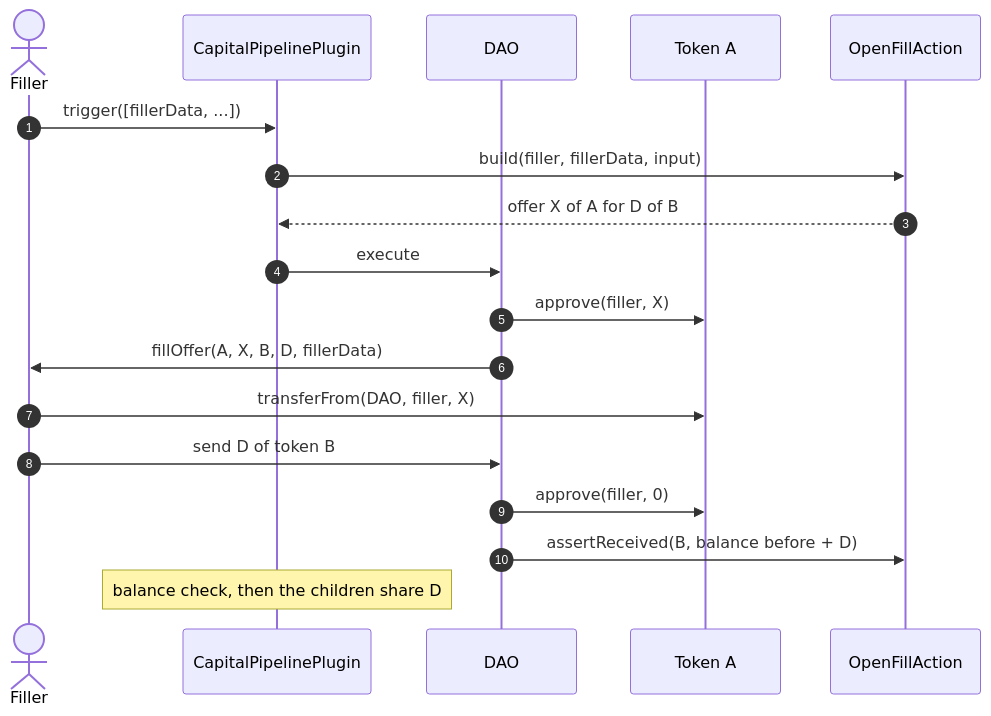
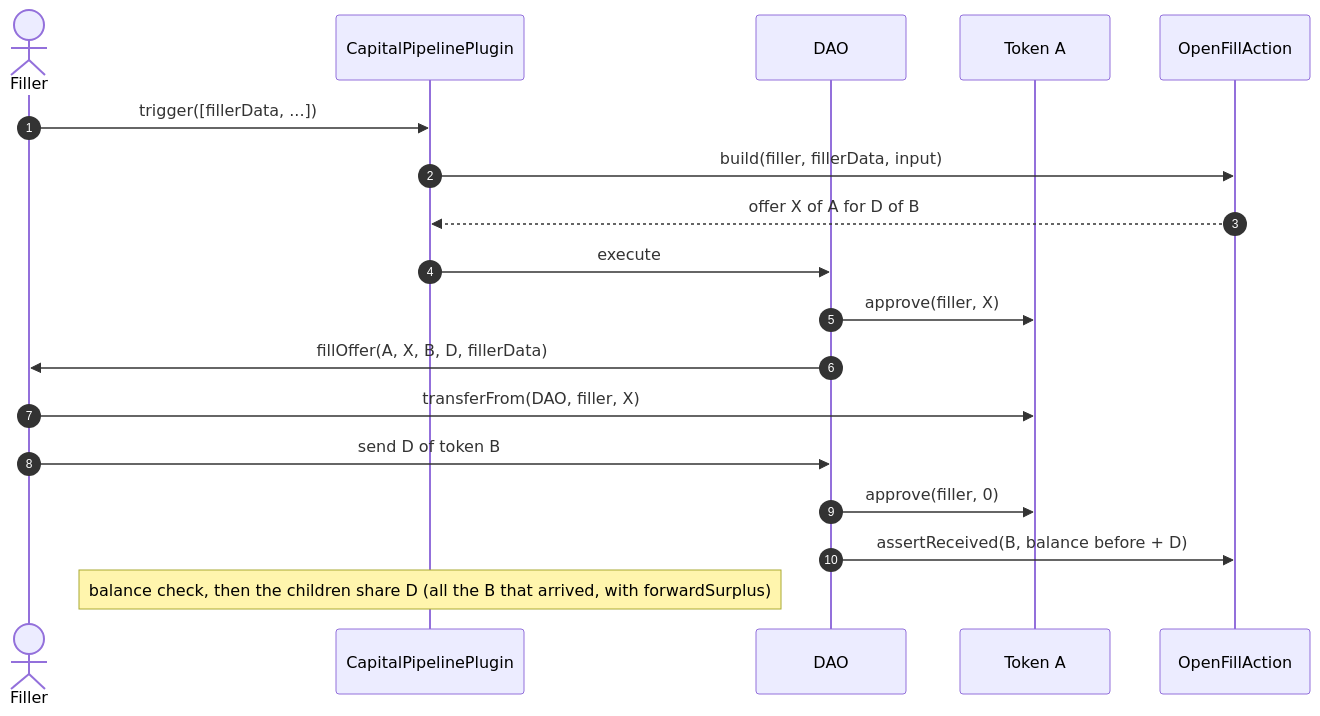
Before and after one commit to antfarm-official/tree-capital: the fourth of 10 diagrams in README.md, drawn with Mermaid. The commit also changed other lines of this file and 13 other files, not shown here.

First line of the commit message:
Let a recipe choose which nodes forward their surplus

````diff
--- a/README.md
+++ b/README.md
@@ -185,21 +188,21 @@
 ```mermaid
 sequenceDiagram
     autonumber
     actor Filler
     participant Plugin as CapitalPipelinePlugin
     participant DAO
     participant TokenA as Token A
     participant Fill as OpenFillAction
 
     Filler->>Plugin: trigger([fillerData, ...])
     Plugin->>Fill: build(filler, fillerData, input)
     Fill-->>Plugin: offer X of A for D of B
     Plugin->>DAO: execute
     DAO->>TokenA: approve(filler, X)
     DAO->>Filler: fillOffer(A, X, B, D, fillerData)
     Filler->>TokenA: transferFrom(DAO, filler, X)
     Filler->>DAO: send D of token B
     DAO->>TokenA: approve(filler, 0)
     DAO->>Fill: assertReceived(B, balance before + D)
-    Note over Plugin: balance check, then the children share D
+    Note over Plugin: balance check, then the children share D (all the B that arrived, with forwardSurplus)
 ```
````
